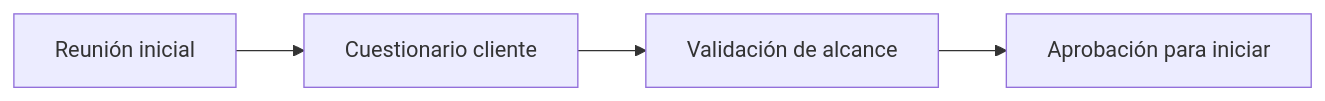
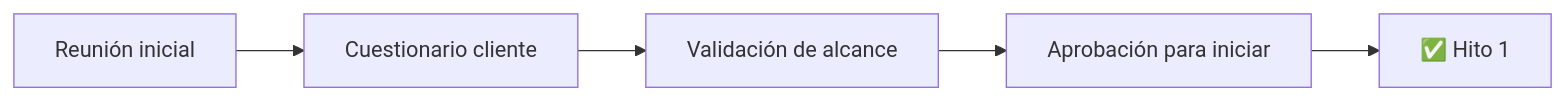
Before and after one commit to erikaluciafuertes/Project-Proposals: the fourth of 9 diagrams in whatsApp-learning/roadmap.md, drawn with Mermaid. The commit also changed other lines of this file, not shown here.

Commit message:
feat: Update roadmap with 17-week duration, add milestones, team requirements, and detailed phase breakdowns.

````diff
--- a/whatsApp-learning/roadmap.md
+++ b/whatsApp-learning/roadmap.md
@@ -118,6 +168,7 @@
 ```mermaid
 flowchart LR
     A[Reunión inicial] --> B[Cuestionario cliente]
     B --> C[Validación de alcance]
     C --> D[Aprobación para iniciar]
+    D --> E["✅ Hito 1"]
 ```
````
